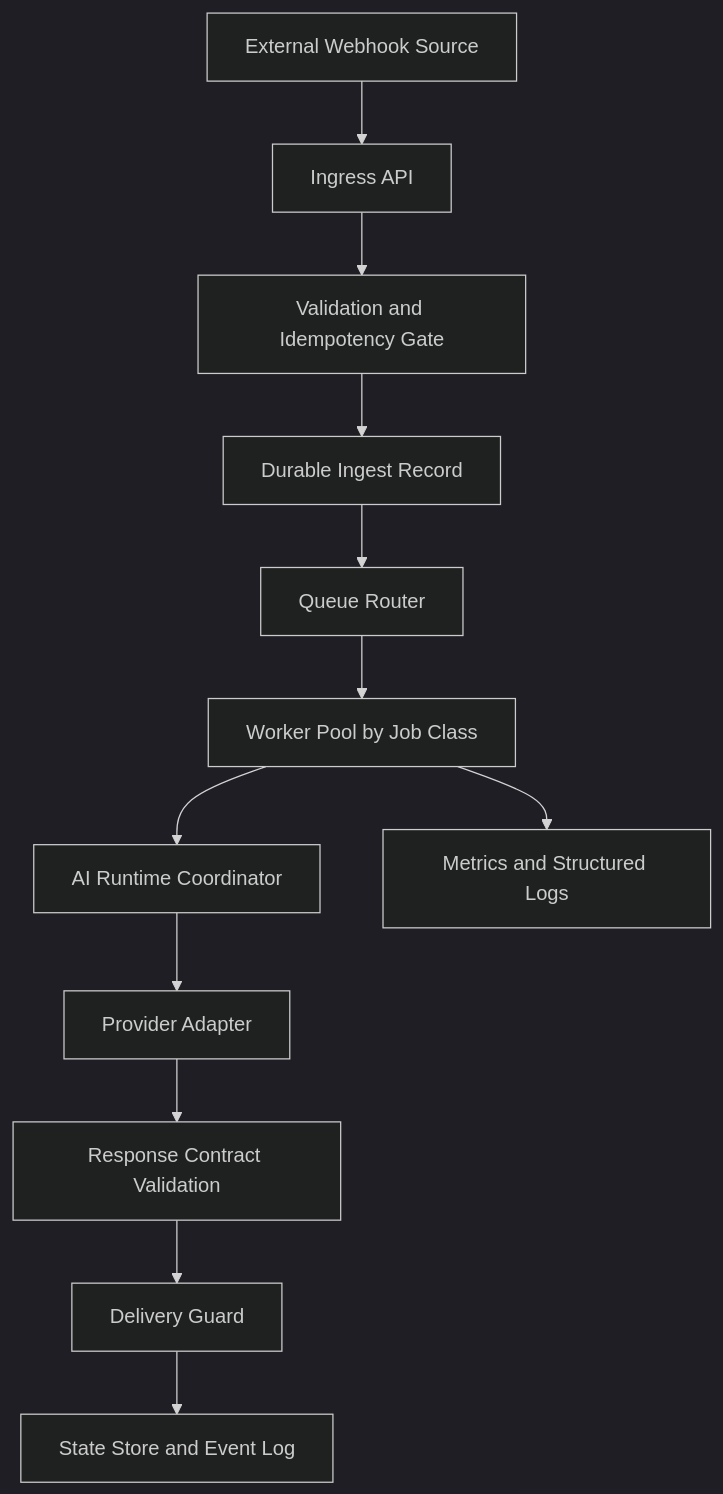
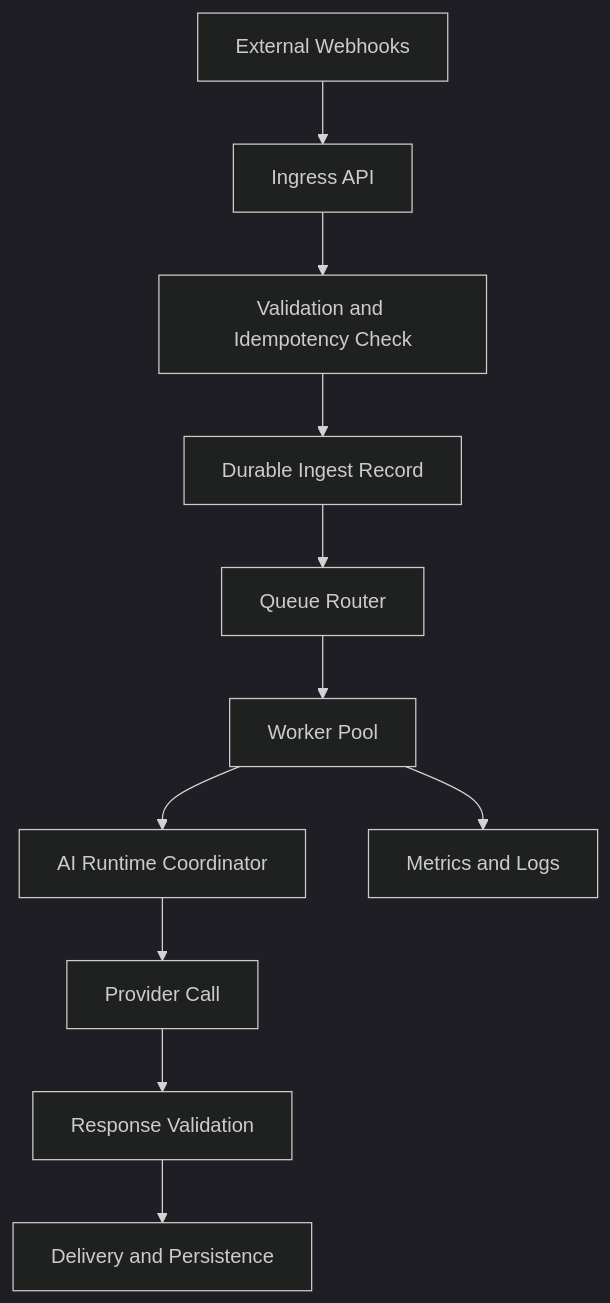
Before and after one commit to Ahsankhalid618/ai-automation-system-design: the diagram in README.md, drawn with Mermaid (dark theme). The commit also changed other lines of this file and 23 other files, not shown here.

````diff
--- a/README.md
+++ b/README.md
@@ -78,14 +125,13 @@
 ```mermaid
 flowchart TD
-  A[External Webhook Source] --> B[Ingress API]
-  B --> C[Validation and Idempotency Gate]
+  A[External Webhooks] --> B[Ingress API]
+  B --> C[Validation and Idempotency Check]
   C --> D[Durable Ingest Record]
   D --> E[Queue Router]
-  E --> F[Worker Pool by Job Class]
+  E --> F[Worker Pool]
   F --> G[AI Runtime Coordinator]
-  G --> H[Provider Adapter]
-  H --> I[Response Contract Validation]
-  I --> J[Delivery Guard]
-  J --> K[State Store and Event Log]
-  F --> L[Metrics and Structured Logs]
+  G --> H[Provider Call]
+  H --> I[Response Validation]
+  I --> J[Delivery and Persistence]
+  F --> K[Metrics and Logs]
 ```
````
